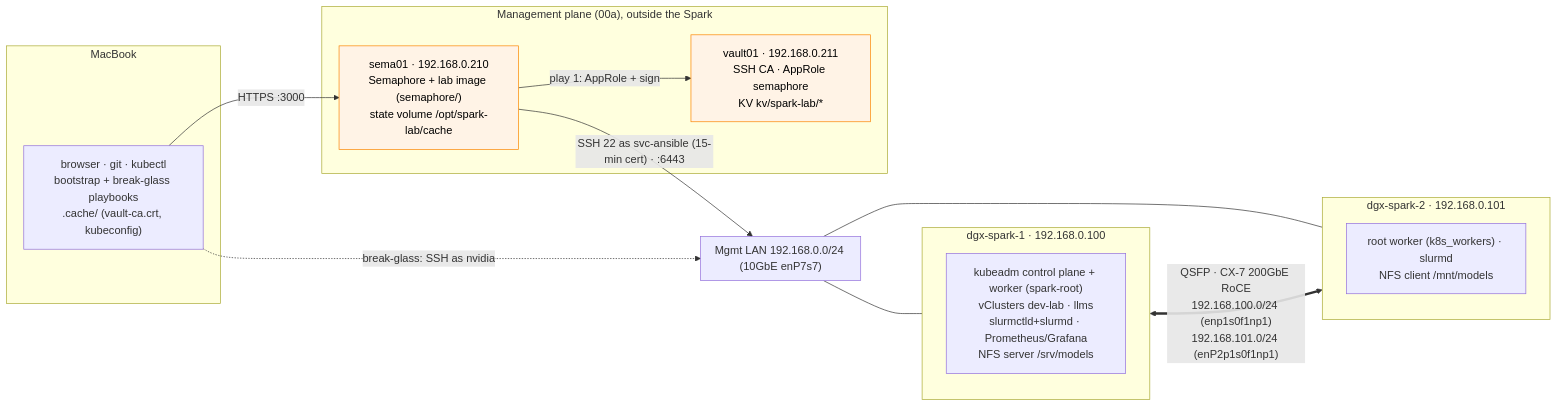
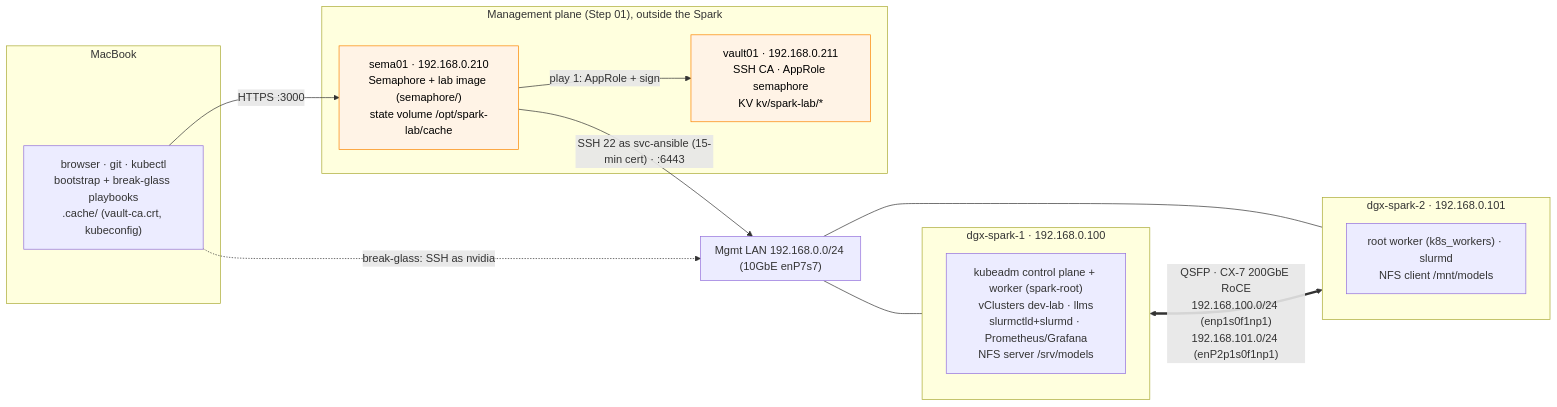
Before and after one commit to cloudone365/technical-depth: the diagram in 01 Ansible/lab/README.md, drawn with Mermaid. The commit also changed other lines of this file and 92 other files, not shown here.

````diff
--- a/01 Ansible/lab/README.md
+++ b/01 Ansible/lab/README.md
@@ -74,27 +75,27 @@
 ```mermaid
 flowchart LR
   subgraph MAC["MacBook"]
     A["browser · git · kubectl<br/>bootstrap + break-glass playbooks<br/>.cache/ (vault-ca.crt, kubeconfig)"]
   end
-  subgraph MP["Management plane (00a), outside the Spark"]
+  subgraph MP["Management plane (Step 01), outside the Spark"]
     SEMA["sema01 · 192.168.0.210<br/>Semaphore + lab image (semaphore/)<br/>state volume /opt/spark-lab/cache"]
     VAULT["vault01 · 192.168.0.211<br/>SSH CA · AppRole semaphore<br/>KV kv/spark-lab/*"]
   end
   subgraph MGMT["Mgmt LAN 192.168.0.0/24 (10GbE enP7s7)"]
   end
   subgraph S1["dgx-spark-1 · 192.168.0.100"]
     S1a["kubeadm control plane + worker (spark-root)<br/>vClusters dev-lab · llms<br/>slurmctld+slurmd · Prometheus/Grafana<br/>NFS server /srv/models"]
   end
   subgraph S2["dgx-spark-2 · 192.168.0.101"]
     S2a["root worker (k8s_workers) · slurmd<br/>NFS client /mnt/models"]
   end
   A -- "HTTPS :3000" --> SEMA
   SEMA -- "play 1: AppRole + sign" --> VAULT
   SEMA -- "SSH 22 as svc-ansible (15-min cert) · :6443" --> MGMT
   A -. "break-glass: SSH as nvidia" .-> MGMT
   MGMT --- S1
   MGMT --- S2
   S1 <== "QSFP · CX-7 200GbE RoCE<br/>192.168.100.0/24 (enp1s0f1np1)<br/>192.168.101.0/24 (enP2p1s0f1np1)" ==> S2
   classDef mgmt fill:#fff3e6,stroke:#fb8500,color:#000
   class SEMA,VAULT mgmt
 ```
````
